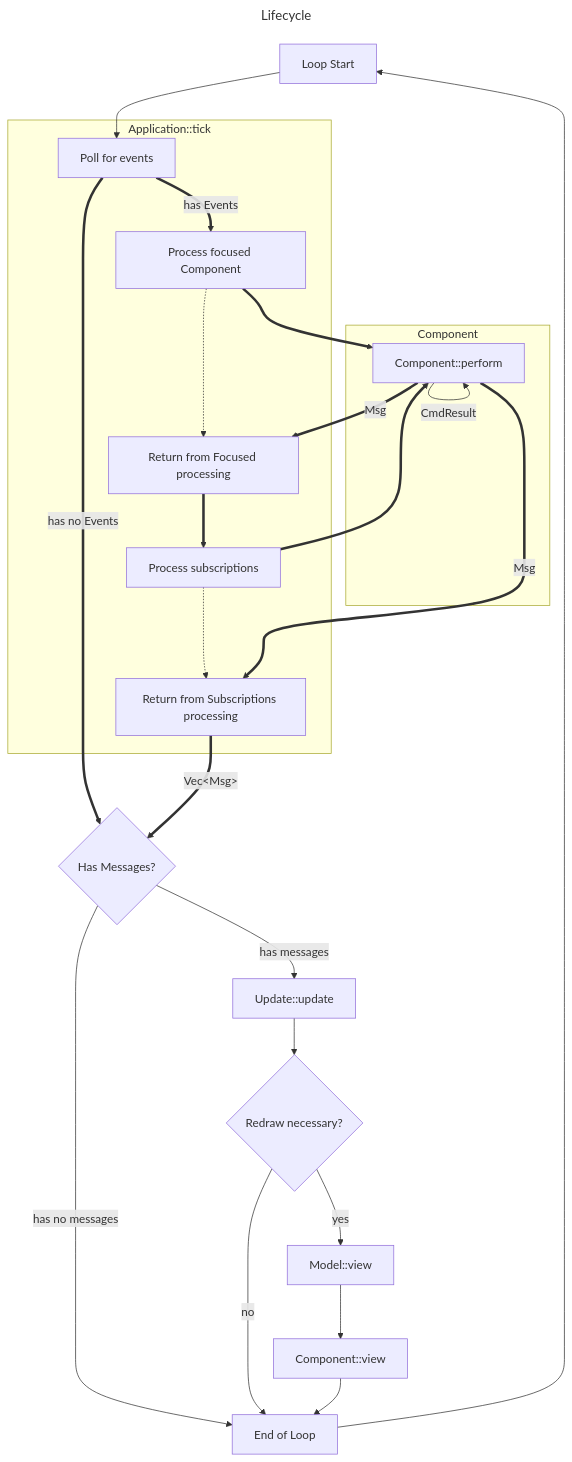
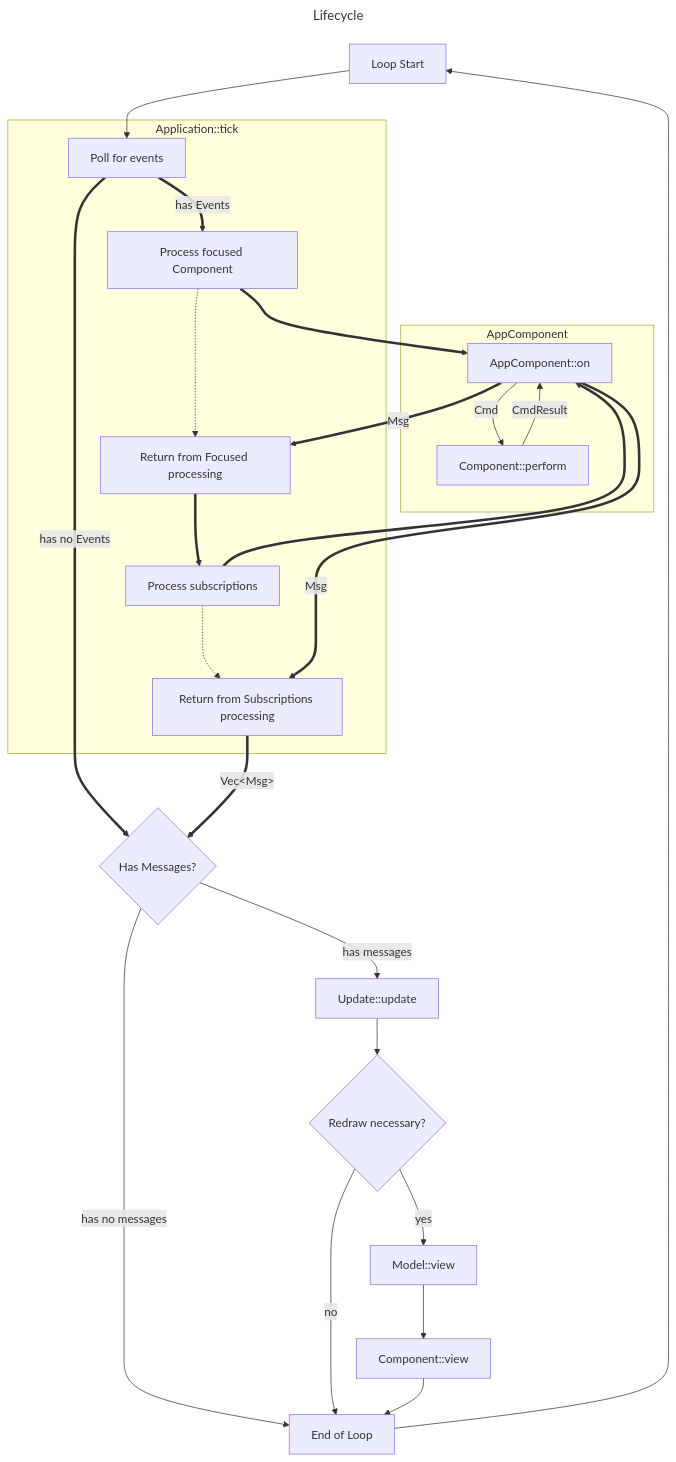
One commit to veeso/tui-realm changed the diagram in crates/tuirealm/docs/en/get-started.md. Above: the diagram before and after it, drawn with Mermaid. The commit also changed other lines of this file and 11 other files, not shown here.

````diff
--- a/crates/tuirealm/docs/en/get-started.md
+++ b/crates/tuirealm/docs/en/get-started.md
@@ -443,59 +445,59 @@
 ```mermaid
 ---
 title: Lifecycle
 ---
 flowchart TD
     %% Define nodes first, as otherwise they may end up in the wrong subgraph.
     Loop["Loop Start"]
     Match{"Has Messages?"}
     Update["Update::update"]
     Redraw{"Redraw necessary?"}
     View["Model::view"]
     ViewComponent["Component::view"]
     LoopEnd["End of Loop"]
 
     subgraph Application::tick
         Poll["Poll for events"]
         Focused["Process focused Component"]
         FocusedRet["Return from Focused processing"]
         Subscriptions["Process subscriptions"]
         SubscriptionsRet["Return from Subscriptions processing"]
     end
 
-    subgraph comp [Component]
-        Component["Component::on"]
+    subgraph comp [AppComponent]
+        AppComponent["AppComponent::on"]
         Component["Component::perform"]
     end
 
     %% Do edges after defining all nodes and their subgraph positions, otherwise they may
     %% end up in the wrong subgraph for whatever reason.
 
     %% Main loop
     Loop --> Poll
     Match -->|has messages| Update
     Match -->|has no messages| LoopEnd
     Update --> Redraw
     Redraw -->|yes| View
     Redraw -->|no| LoopEnd
     View --> ViewComponent
     ViewComponent --> LoopEnd
     LoopEnd --> Loop
 
     %% Application::tick links
     Poll ==>|has Events| Focused
     Poll ==>|has no Events| Match
-    Focused ==> Component
+    Focused ==> AppComponent
     FocusedRet ==> Subscriptions
-    Subscriptions ==> Component
+    Subscriptions ==> AppComponent
     SubscriptionsRet ==>|"Vec&lt;Msg>"| Match
 
     %% Slightly links those paths to make it easier to follow.
     %% And to indicate to mermaid to lay them out better.
     Focused-..->FocusedRet
     Subscriptions-..->SubscriptionsRet
 
     %% Component links
-    Component -->|Cmd| Component
-    Component -->|CmdResult| Component
-    Component ==>|Msg| FocusedRet & SubscriptionsRet
+    AppComponent -->|Cmd| Component
+    Component -->|CmdResult| AppComponent
+    AppComponent ==>|Msg| FocusedRet & SubscriptionsRet
 ```
````
